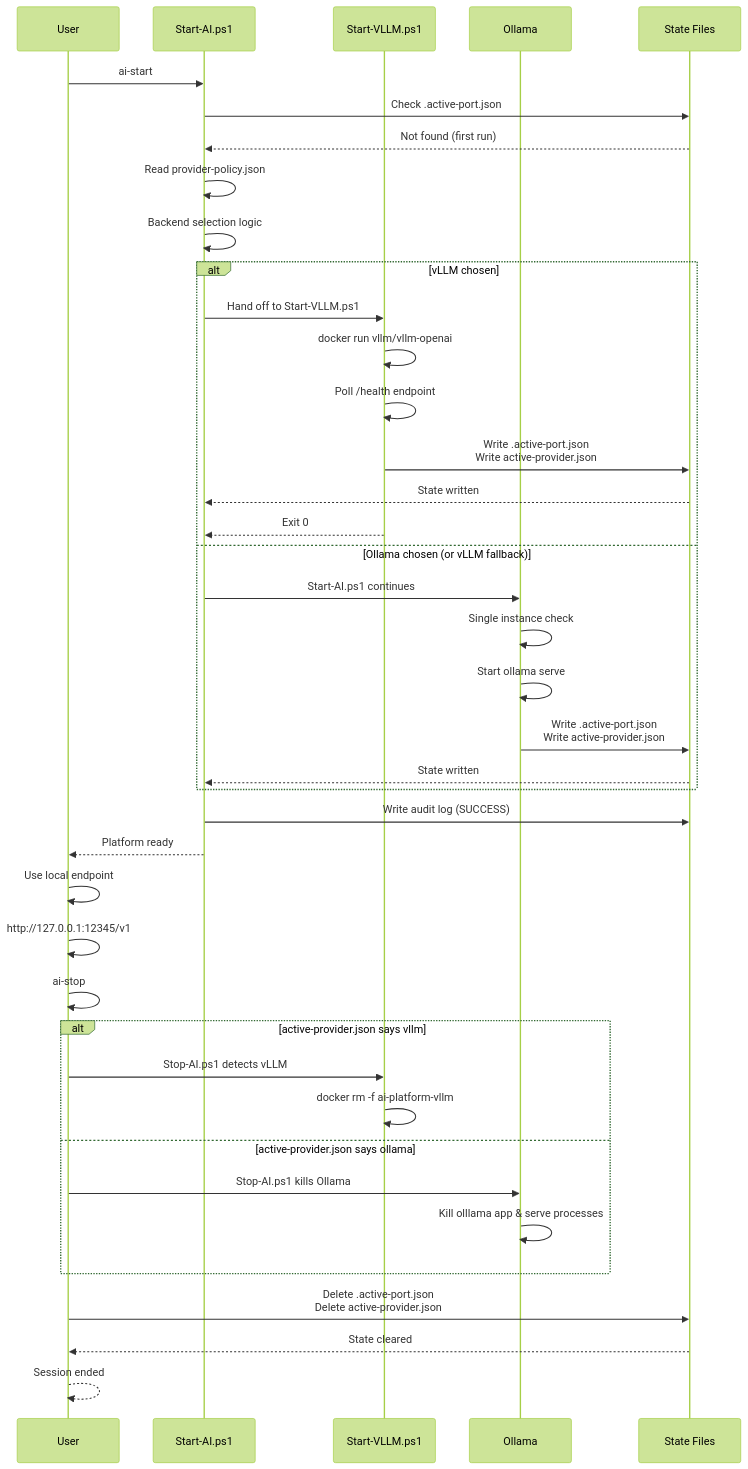
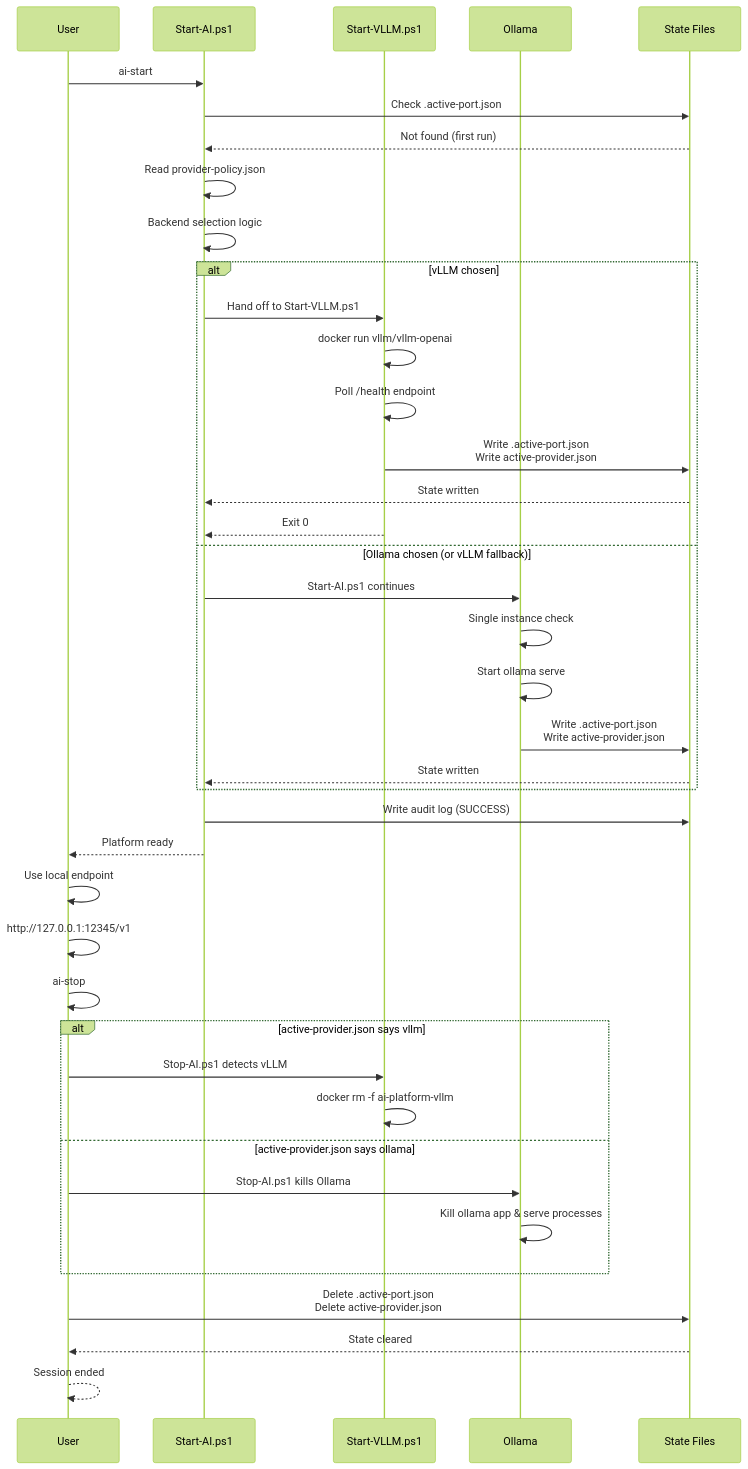
The fourth of 6 diagrams in README.md (veeresh-bikkaneti/airlock), drawn with Mermaid (forest theme) before and after one commit. The commit also changed other lines of this file and 6 other files, not shown here.

````diff
--- a/README.md
+++ b/README.md
@@ -328,48 +387,48 @@
 ```mermaid
 sequenceDiagram
     participant User
     participant AI as Start-AI.ps1
     participant vLLM as Start-VLLM.ps1
     participant Ollama as Ollama
     participant Files as State Files
     
     User->>AI: ai-start
     AI->>Files: Check .active-port.json
     Files-->>AI: Not found (first run)
     AI->>AI: Read provider-policy.json
     AI->>AI: Backend selection logic
     
     alt vLLM chosen
         AI->>vLLM: Hand off to Start-VLLM.ps1
         vLLM->>vLLM: docker run vllm/vllm-openai
         vLLM->>vLLM: Poll /health endpoint
         vLLM->>Files: Write .active-port.json<br/>Write active-provider.json
         Files-->>AI: State written
         vLLM-->>AI: Exit 0
     else Ollama chosen (or vLLM fallback)
         AI->>Ollama: Start-AI.ps1 continues
         Ollama->>Ollama: Single instance check
         Ollama->>Ollama: Start ollama serve
         Ollama->>Files: Write .active-port.json<br/>Write active-provider.json
         Files-->>AI: State written
     end
     
     AI->>Files: Write audit log (SUCCESS)
     AI-->>User: Platform ready
     
     User->>User: Use local endpoint
     User->>User: http://127.0.0.1:12345/v1
     
     User->>User: ai-stop
     alt active-provider.json says vllm
         User->>vLLM: Stop-AI.ps1 detects vLLM
         vLLM->>vLLM: docker rm -f ai-platform-vllm
     else active-provider.json says ollama
         User->>Ollama: Stop-AI.ps1 kills Ollama
-        Ollama->>Ollama: Kill olllama app & serve processes
+        Ollama->>Ollama: Kill ollama app & serve processes
     end
     
     User->>Files: Delete .active-port.json<br/>Delete active-provider.json
     Files-->>User: State cleared
     User-->>User: Session ended
 ```
````
